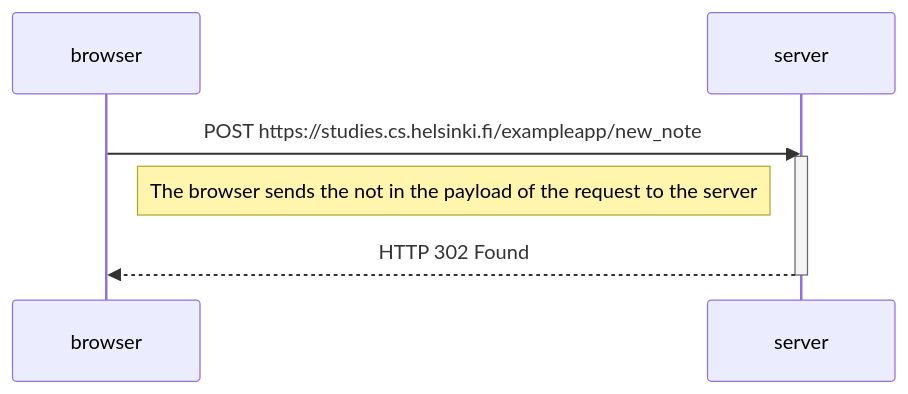
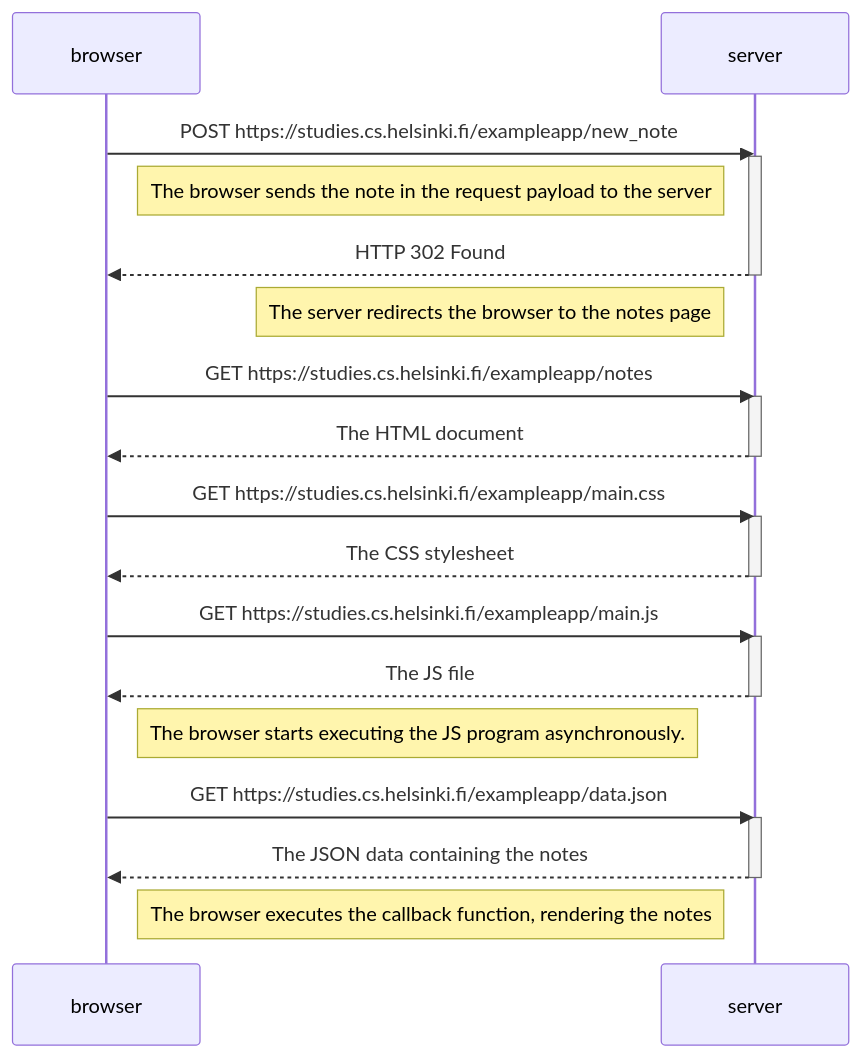
Before and after one commit to balintkemeny/fullstack-open: the diagram in part0b/ex-0_4.md, drawn with Mermaid.

Commit message:
Part0b - ex0.4: Finish sequence diagram

````diff
--- a/part0b/ex-0_4.md
+++ b/part0b/ex-0_4.md
@@ -3,13 +3,39 @@
 ```mermaid
 sequenceDiagram
     participant browser
     participant server
     
     browser->>server: POST https://studies.cs.helsinki.fi/exampleapp/new_note
     activate server
 
-    Note right of browser: The browser sends the not in the payload of the request to the server
+    Note right of browser: The browser sends the note in the request payload to the server
 
     server-->>browser: HTTP 302 Found
     deactivate server
+
+    Note left of server: The server redirects the browser to the notes page
+
+    browser->>server: GET https://studies.cs.helsinki.fi/exampleapp/notes
+    activate server
+    server-->>browser: The HTML document
+    deactivate server
+
+    browser->>server: GET https://studies.cs.helsinki.fi/exampleapp/main.css
+    activate server
+    server-->>browser: The CSS stylesheet
+    deactivate server
+
+    browser->>server: GET https://studies.cs.helsinki.fi/exampleapp/main.js
+    activate server
+    server-->>browser: The JS file
+    deactivate server
+
+    Note right of browser: The browser starts executing the JS program asynchronously.
+
+    browser->>server: GET https://studies.cs.helsinki.fi/exampleapp/data.json
+    activate server
+    server-->>browser: The JSON data containing the notes
+    deactivate server
+
+    Note right of browser: The browser executes the callback function, rendering the notes 
 ```
````
